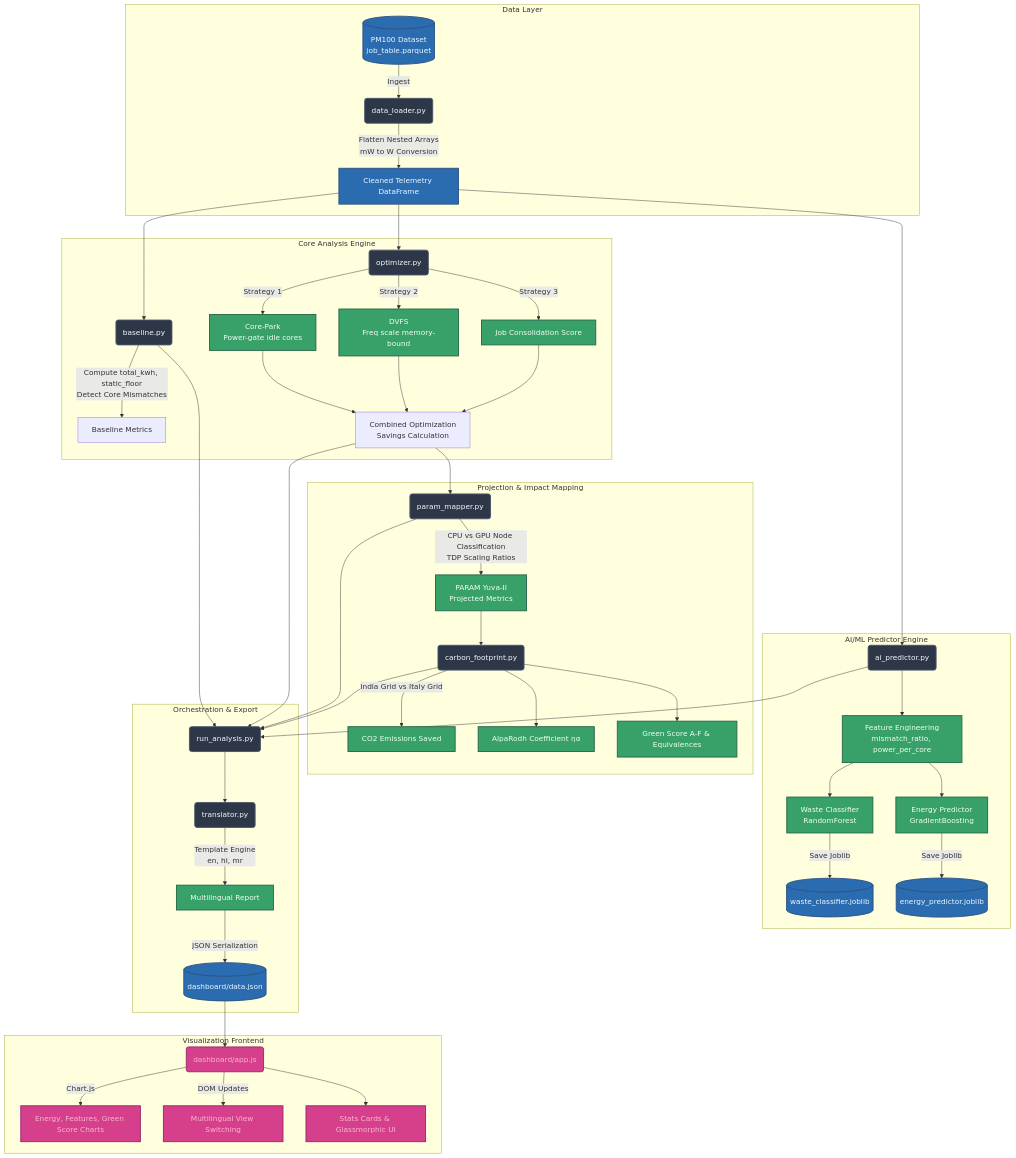
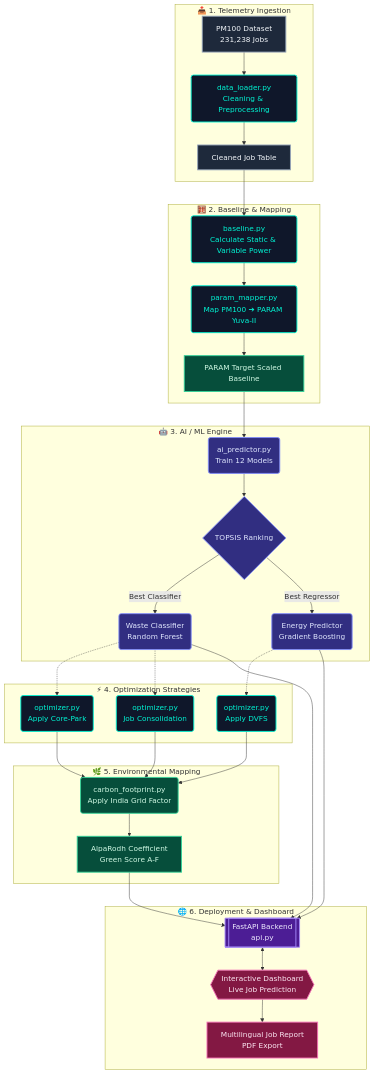
One commit to Smarth2005/Project-AlpaRodh changed the diagram in system_architecture.md. Above: the diagram before and after it, drawn with Mermaid. The commit also changed other lines of this file and 1 other file, not shown here.

Commit message:
UI: fix Green Score legend color & Docs: Add Mermaid system architecture diagram

````diff
--- a/system_architecture.md
+++ b/system_architecture.md
@@ -5,62 +9,52 @@
 ```mermaid
-flowchart TB
-    subgraph Data Layer
-        A[(PM100 Dataset\njob_table.parquet)] -->|Ingest| B(data_loader.py)
-        B -->|Flatten Nested Arrays\nmW to W Conversion| C[Cleaned Telemetry DataFrame]
+graph TD
+    %% Styling
+    classDef dataset fill:#1e293b,stroke:#94a3b8,stroke-width:2px,color:#f1f5f9
+    classDef process fill:#0f172a,stroke:#00f5d4,stroke-width:2px,color:#00f5d4
+    classDef model fill:#312e81,stroke:#818cf8,stroke-width:2px,color:#e0e7ff
+    classDef target fill:#064e3b,stroke:#34d399,stroke-width:2px,color:#d1fae5
+    classDef output fill:#4c1d95,stroke:#a78bfa,stroke-width:2px,color:#ede9fe
+    classDef UI fill:#831843,stroke:#f472b6,stroke-width:2px,color:#fce7f3
+
+    %% 1. Ingestion Phase
+    subgraph Data_Ingestion ["📥 1. Telemetry Ingestion"]
+        A[PM100 Dataset<br/>231,238 Jobs]:::dataset --> B(data_loader.py<br/>Cleaning & Preprocessing):::process
+        B --> C[Cleaned Job Table]:::dataset
     end
 
-    subgraph Core Analysis Engine
-        C --> D(baseline.py)
-        D -->|Compute total_kwh, static_floor\nDetect Core Mismatches| E[Baseline Metrics]
-        
-        C --> F(optimizer.py)
-        F -->|Strategy 1| G[Core-Park\nPower-gate idle cores]
-        F -->|Strategy 2| H[DVFS\nFreq scale memory-bound]
-        F -->|Strategy 3| I[Job Consolidation Score]
-        G & H & I --> J[Combined Optimization\nSavings Calculation]
+    %% 2. Baseline & Mapping Phase
+    subgraph Baseline_Mapping ["🧮 2. Baseline & Mapping"]
+        C --> D(baseline.py<br/>Calculate Static & Variable Power):::process
+        D --> E(param_mapper.py<br/>Map PM100 ➔ PARAM Yuva-II):::process
+        E --> F[PARAM Target Scaled Baseline]:::target
     end
 
-    subgraph AI/ML Predictor Engine
-        C --> K(ai_predictor.py)
-        K --> L[Feature Engineering\nmismatch_ratio, power_per_core]
-        L --> M[Waste Classifier\nRandomForest]
-        L --> N[Energy Predictor\nGradientBoosting]
-        M -->|Save Joblib| O[(waste_classifier.joblib)]
-        N -->|Save Joblib| P[(energy_predictor.joblib)]
+    %% 3. AI Training Phase
+    subgraph AI_Engine ["🤖 3. AI / ML Engine"]
+        F --> G(ai_predictor.py<br/>Train 12 Models):::model
+        G --> H{TOPSIS Ranking}:::model
+        H --> |Best Classifier| I(Waste Classifier<br/>Random Forest):::model
+        H --> |Best Regressor| J(Energy Predictor<br/>Gradient Boosting):::model
     end
 
-    subgraph Projection & Impact Mapping
-        J --> Q(param_mapper.py)
-        Q -->|CPU vs GPU Node Classification\nTDP Scaling Ratios| R[PARAM Yuva-II\nProjected Metrics]
-        
-        R --> S(carbon_footprint.py)
-        S -->|India Grid vs Italy Grid| T[CO2 Emissions Saved]
-        S --> U[AlpaRodh Coefficient ηα]
-        S --> V[Green Score A-F & Equivalences]
+    %% 4. Optimization Phase
+    subgraph Optimization ["⚡ 4. Optimization Strategies"]
+        I -.-> K(optimizer.py<br/>Apply Core-Park):::process
+        J -.-> L(optimizer.py<br/>Apply DVFS):::process
+        I -.-> M(optimizer.py<br/>Job Consolidation):::process
     end
 
-    subgraph Orchestration & Export
-        D & J & K & Q & S --> W(run_analysis.py)
-        W --> X(translator.py)
-        X -->|Template Engine\nen, hi, mr| Y[Multilingual Report]
-        Y -->|JSON Serialization| Z[(dashboard/data.json)]
+    %% 5. Carbon Footprint Engine
+    subgraph Environment ["🌿 5. Environmental Mapping"]
+        K & L & M --> N(carbon_footprint.py<br/>Apply India Grid Factor):::target
+        N --> O[AlpaRodh Coefficient<br/>Green Score A-F]:::target
     end
 
-    subgraph Visualization Frontend
-        Z --> UI(dashboard/app.js)
-        UI -->|Chart.js| UI_Charts[Energy, Features, Green Score Charts]
-        UI -->|DOM Updates| UI_Lang[Multilingual View Switching]
-        UI --> UI_Cards[Stats Cards & Glassmorphic UI]
+    %% 6. Deployment / UI
+    subgraph Deployment ["🌐 6. Deployment & Dashboard"]
+        I & J --> P[[FastAPI Backend<br/>api.py]]:::output
+        O --> P
+        P <--> Q{{Interactive Dashboard<br/>Live Job Prediction}}:::UI
+        Q --> R[Multilingual Job Report<br/>PDF Export]:::UI
     end
-
-    %% Styling
-    classDef file fill:#2d3748,stroke:#4a5568,stroke-width:2px,color:#f7fafc
-    classDef data fill:#2b6cb0,stroke:#2c5282,stroke-width:2px,color:#ebf8ff
-    classDef process fill:#38a169,stroke:#276749,stroke-width:2px,color:#f0fff4
-    classDef frontend fill:#d53f8c,stroke:#97266d,stroke-width:2px,color:#fbb6ce
-
-    class B,D,F,K,Q,S,W,X file
-    class A,C,O,P,Z data
-    class G,H,I,M,N,L,R,T,U,V,Y process
-    class UI,UI_Charts,UI_Lang,UI_Cards frontend
 ```
````
